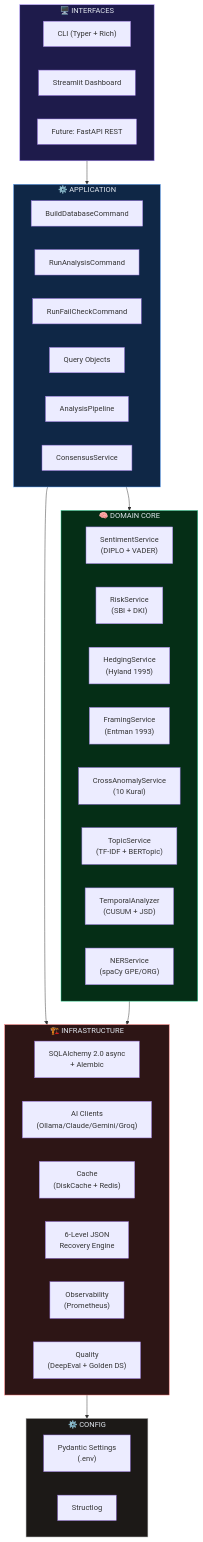
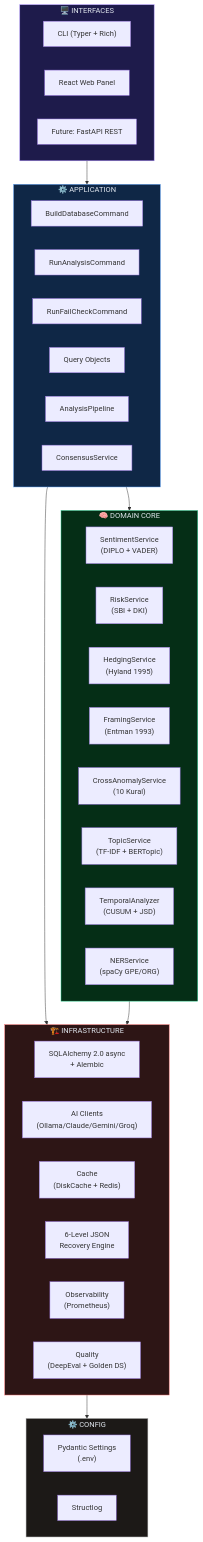
The second of 15 diagrams in README.md (BBgitaccount/BB-PAXDATA), drawn with Mermaid before and after one commit. The commit also changed other lines of this file and 293 other files, not shown here.

````diff
--- a/README.md
+++ b/README.md
@@ -166,54 +168,54 @@
 ```mermaid
 graph TB
     subgraph INTERFACES["🖥️ INTERFACES"]
         CLI["CLI (Typer + Rich)"]
-        DASHBOARD["Streamlit Dashboard"]
+        DASHBOARD["React Web Panel"]
         API["Future: FastAPI REST"]
     end
 
     subgraph APPLICATION["⚙️ APPLICATION"]
         CMD_BUILD["BuildDatabaseCommand"]
         CMD_ANALYZE["RunAnalysisCommand"]
         CMD_FAIL["RunFailCheckCommand"]
         QUERIES["Query Objects"]
         PIPELINE["AnalysisPipeline"]
         CONSENSUS["ConsensusService"]
     end
 
     subgraph DOMAIN["🧠 DOMAIN CORE"]
         SENTIMENT["SentimentService\n(DIPLO + VADER)"]
         RISK["RiskService\n(SBI + DKI)"]
         HEDGING["HedgingService\n(Hyland 1995)"]
         FRAMING["FramingService\n(Entman 1993)"]
         ANOMALY["CrossAnomalyService\n(10 Kural)"]
         TOPIC["TopicService\n(TF-IDF + BERTopic)"]
         TEMPORAL["TemporalAnalyzer\n(CUSUM + JSD)"]
         NER["NERService\n(spaCy GPE/ORG)"]
     end
 
     subgraph INFRA["🏗️ INFRASTRUCTURE"]
         DB["SQLAlchemy 2.0 async\n+ Alembic"]
         AI["AI Clients\n(Ollama/Claude/Gemini/Groq)"]
         CACHE["Cache\n(DiskCache + Redis)"]
         RECOVERY["6-Level JSON\nRecovery Engine"]
         OBS["Observability\n(Prometheus)"]
         QUALITY["Quality\n(DeepEval + Golden DS)"]
     end
 
     subgraph CONFIG["⚙️ CONFIG"]
         SETTINGS["Pydantic Settings\n(.env)"]
         LOGGING["Structlog"]
     end
 
     INTERFACES --> APPLICATION
     APPLICATION --> DOMAIN
     APPLICATION --> INFRA
     DOMAIN --> INFRA
     INFRA --> CONFIG
 
     style INTERFACES fill:#1e1b4b,stroke:#a78bfa,color:#e2e8f0
     style APPLICATION fill:#0f2746,stroke:#60a5fa,color:#e2e8f0
     style DOMAIN fill:#052e16,stroke:#34d399,color:#e2e8f0
     style INFRA fill:#2d1515,stroke:#f87171,color:#e2e8f0
     style CONFIG fill:#1c1917,stroke:#a3a3a3,color:#e2e8f0
 ```
````
